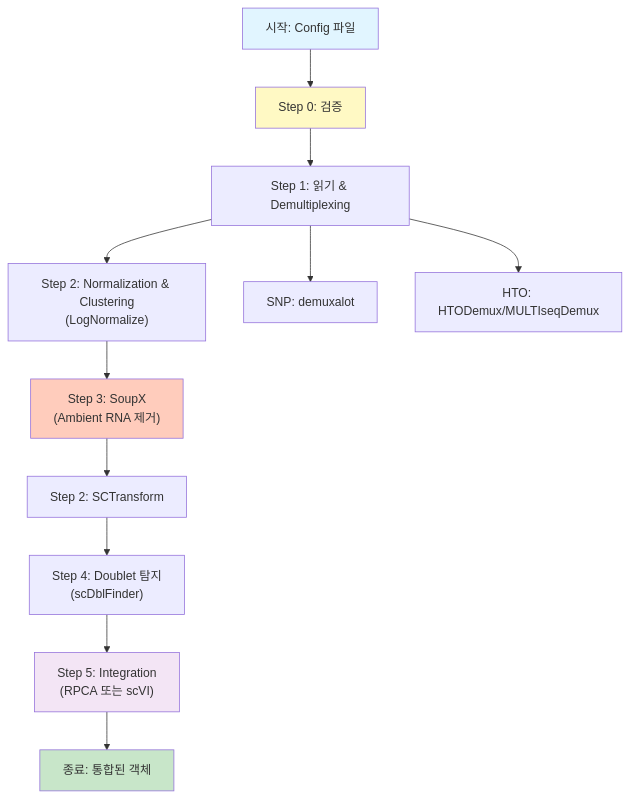
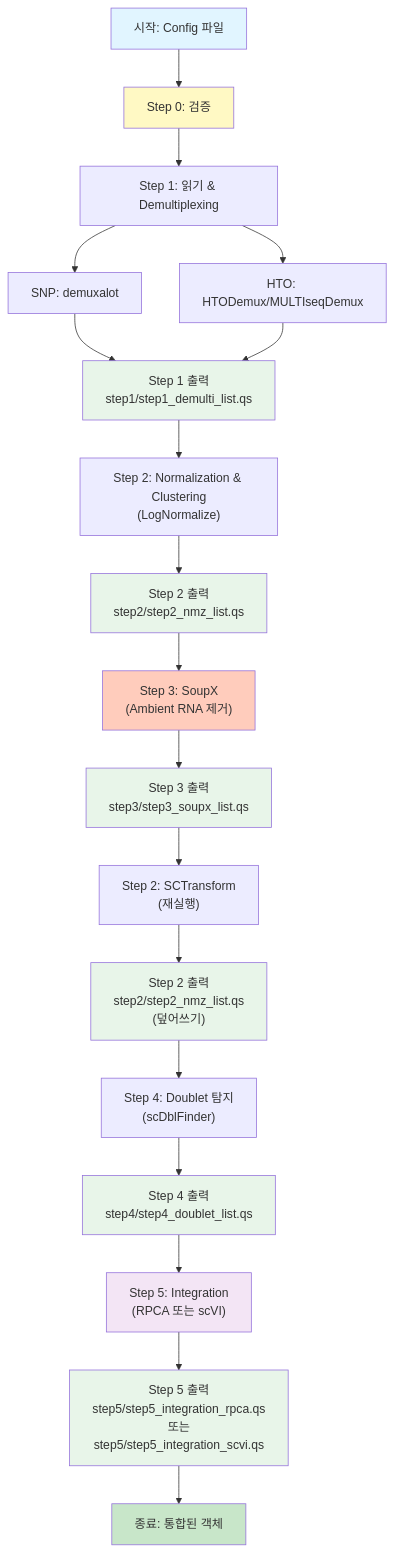
Before and after one commit to JasonK94/mylit: the diagram in docs/pipe/PIPE_INTEGRATED_GUIDE_KR.md, drawn with Mermaid. The commit also changed other lines of this file and 4 other files, not shown here.

First line of the commit message:
Add comprehensive data flow documentation

````diff
--- a/docs/pipe/PIPE_INTEGRATED_GUIDE_KR.md
+++ b/docs/pipe/PIPE_INTEGRATED_GUIDE_KR.md
@@ -27,20 +29,32 @@
 ```mermaid
 flowchart TD
     A["시작: Config 파일"] --> B["Step 0: 검증"]
     B --> C["Step 1: 읽기 & Demultiplexing"]
-    C --> D["Step 2: Normalization & Clustering<br/>(LogNormalize)"]
-    D --> E["Step 3: SoupX<br/>(Ambient RNA 제거)"]
-    E --> F["Step 2: SCTransform"]
-    F --> G["Step 4: Doublet 탐지<br/>(scDblFinder)"]
-    G --> H["Step 5: Integration<br/>(RPCA 또는 scVI)"]
-    H --> I["종료: 통합된 객체"]
-    
     C --> C1["SNP: demuxalot"]
     C --> C2["HTO: HTODemux/MULTIseqDemux"]
+    C1 --> D1["Step 1 출력<br/>step1/step1_demulti_list.qs"]
+    C2 --> D1
+    D1 --> D["Step 2: Normalization & Clustering<br/>(LogNormalize)"]
+    D --> D2["Step 2 출력<br/>step2/step2_nmz_list.qs"]
+    D2 --> E["Step 3: SoupX<br/>(Ambient RNA 제거)"]
+    E --> E1["Step 3 출력<br/>step3/step3_soupx_list.qs"]
+    E1 --> F["Step 2: SCTransform<br/>(재실행)"]
+    F --> F1["Step 2 출력<br/>step2/step2_nmz_list.qs<br/>(덮어쓰기)"]
+    F1 --> G["Step 4: Doublet 탐지<br/>(scDblFinder)"]
+    G --> G1["Step 4 출력<br/>step4/step4_doublet_list.qs"]
+    G1 --> H["Step 5: Integration<br/>(RPCA 또는 scVI)"]
+    H --> H1["Step 5 출력<br/>step5/step5_integration_rpca.qs<br/>또는<br/>step5/step5_integration_scvi.qs"]
+    H1 --> I["종료: 통합된 객체"]
     
     style A fill:#e1f5ff
     style I fill:#c8e6c9
     style B fill:#fff9c4
     style E fill:#ffccbc
     style H fill:#f3e5f5
+    style D1 fill:#e8f5e9
+    style D2 fill:#e8f5e9
+    style E1 fill:#e8f5e9
+    style F1 fill:#e8f5e9
+    style G1 fill:#e8f5e9
+    style H1 fill:#e8f5e9
 ```
````
